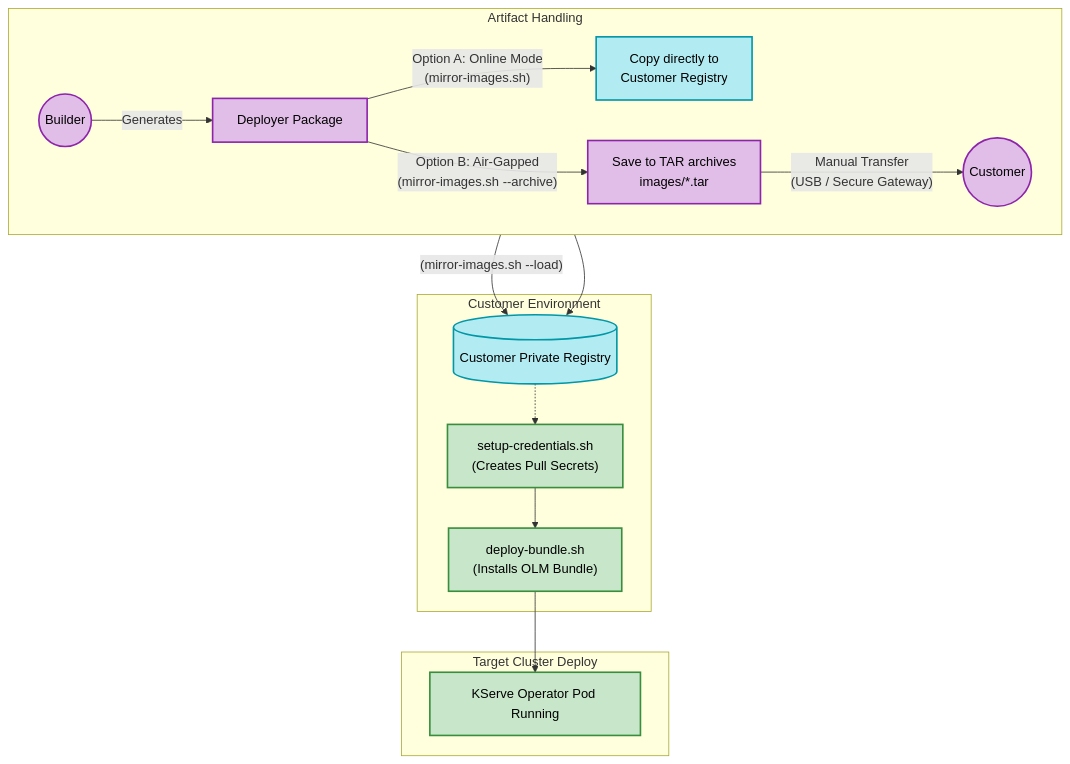
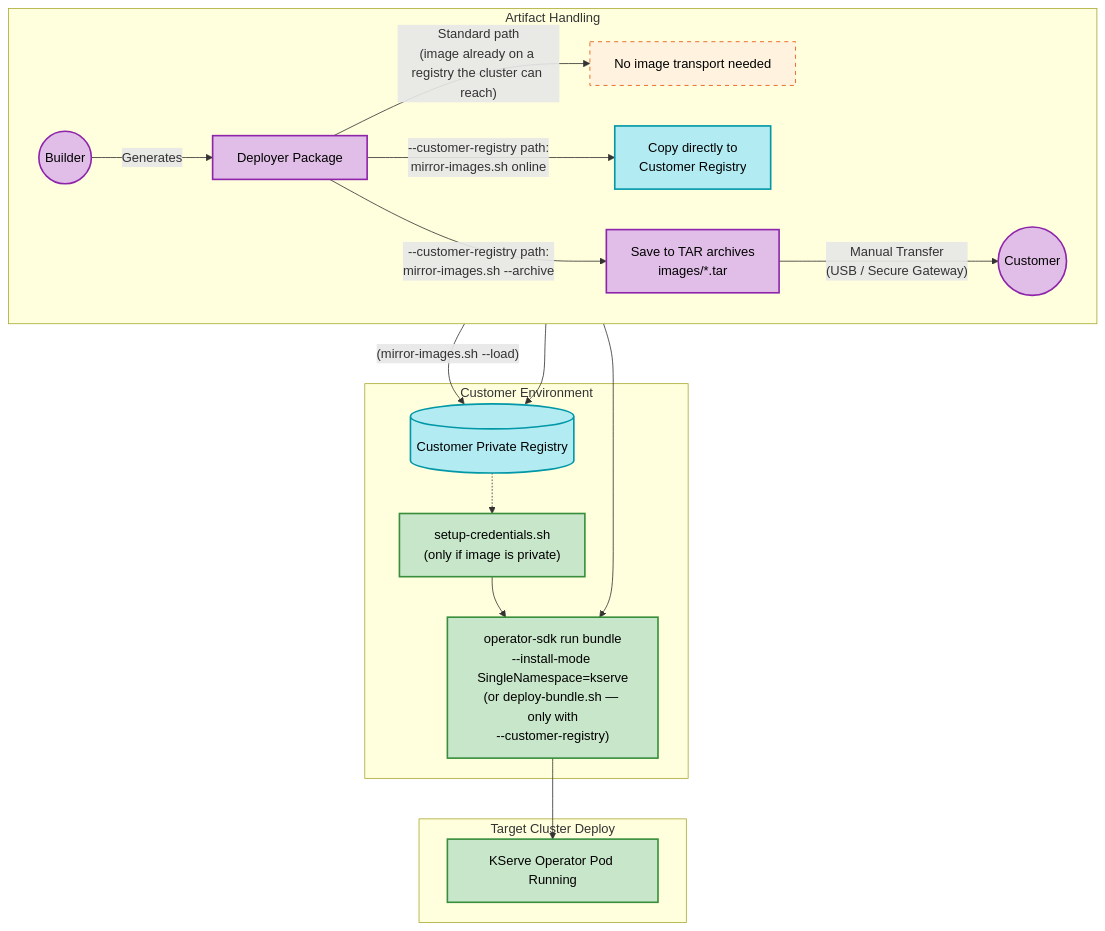
The second of 5 diagrams in architecture-overview.md (skyakash/kserve-op), drawn with Mermaid before and after one commit. The commit also changed other lines of this file and 9 other files, not shown here.

````diff
--- a/architecture-overview.md
+++ b/architecture-overview.md
@@ -54,29 +54,31 @@
 ```mermaid
 flowchart TD
   classDef local fill:#e1bee7,stroke:#8e24aa,stroke-width:2px,color:#000
   classDef network fill:#b2ebf2,stroke:#0097a7,stroke-width:2px,color:#000
   classDef k8s fill:#c8e6c9,stroke:#388e3c,stroke-width:2px,color:#000
   classDef manual fill:#fff3e0,stroke:#e65100,stroke-width:1px,stroke-dasharray: 5 5,color:#000
 
   Builder((Builder)):::local
   Customer((Customer)):::local
 
   subgraph Artifact Handling
     direction LR
     Builder -- Generates --> Pkg[Deployer Package]:::local
-    Pkg -- "Option A: Online Mode\n(mirror-images.sh)" --> DirectPush[Copy directly to\nCustomer Registry]:::network
-    Pkg -- "Option B: Air-Gapped\n(mirror-images.sh --archive)" --> TarFile[Save to TAR archives\nimages/*.tar]:::local
+    Pkg -- "Standard path\n(image already on a registry the cluster can reach)" --> Direct[No image transport needed]:::manual
+    Pkg -- "--customer-registry path:\nmirror-images.sh online" --> DirectPush[Copy directly to\nCustomer Registry]:::network
+    Pkg -- "--customer-registry path:\nmirror-images.sh --archive" --> TarFile[Save to TAR archives\nimages/*.tar]:::local
     TarFile -- "Manual Transfer\n(USB / Secure Gateway)" --> Customer
   end
 
   subgraph Customer Environment
     Customer -- "(mirror-images.sh --load)" --> Reg[(Customer Private Registry)]:::network
     DirectPush --> Reg
-    Reg -.-> PullSecrets["setup-credentials.sh\n(Creates Pull Secrets)"]:::k8s
-    PullSecrets --> OLMRun["deploy-bundle.sh\n(Installs OLM Bundle)"]:::k8s
+    Reg -.-> PullSecrets["setup-credentials.sh\n(only if image is private)"]:::k8s
+    PullSecrets --> Deploy["operator-sdk run bundle\n--install-mode SingleNamespace=kserve\n(or deploy-bundle.sh — only with\n--customer-registry)"]:::k8s
+    Direct --> Deploy
   end
 
   subgraph Target Cluster Deploy
-    OLMRun --> K8sOp[KServe Operator Pod Running]:::k8s
+    Deploy --> K8sOp[KServe Operator Pod Running]:::k8s
   end
 ```
````
